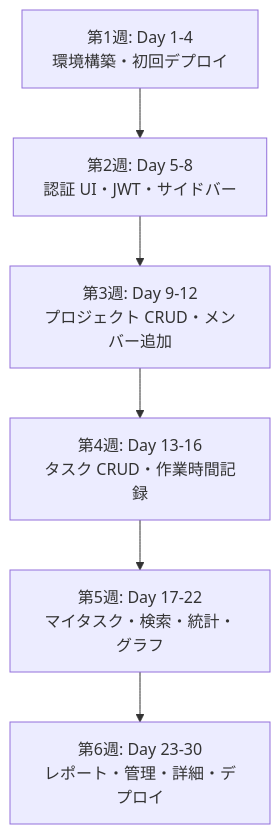
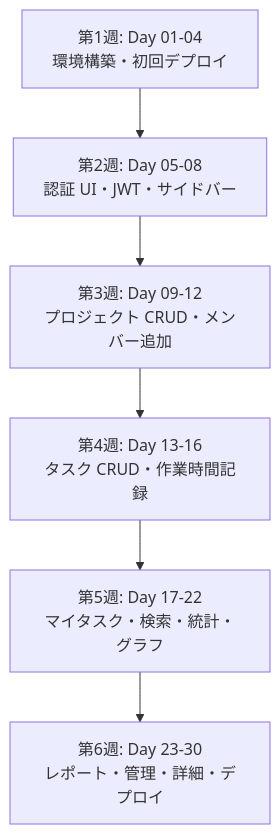
Before and after one commit to kouiso/task-app: the first of 2 diagrams in material/30days-curriculum/day30_完成版を公開！.md, drawn with Mermaid. The commit also changed other lines of this file and 21 other files, not shown here.

````diff
--- a/material/30days-curriculum/day30_完成版を公開！.md
+++ b/material/30days-curriculum/day30_完成版を公開！.md
@@ -29,10 +29,10 @@
 ```mermaid
 flowchart TD
-    A[第1週: Day 1-4\n環境構築・初回デプロイ]
-    B[第2週: Day 5-8\n認証 UI・JWT・サイドバー]
-    C[第3週: Day 9-12\nプロジェクト CRUD・メンバー追加]
+    A[第1週: Day 01-04\n環境構築・初回デプロイ]
+    B[第2週: Day 05-08\n認証 UI・JWT・サイドバー]
+    C[第3週: Day 09-12\nプロジェクト CRUD・メンバー追加]
     D[第4週: Day 13-16\nタスク CRUD・作業時間記録]
     E[第5週: Day 17-22\nマイタスク・検索・統計・グラフ]
     F[第6週: Day 23-30\nレポート・管理・詳細・デプロイ]
     A --> B --> C --> D --> E --> F
 ```
````
